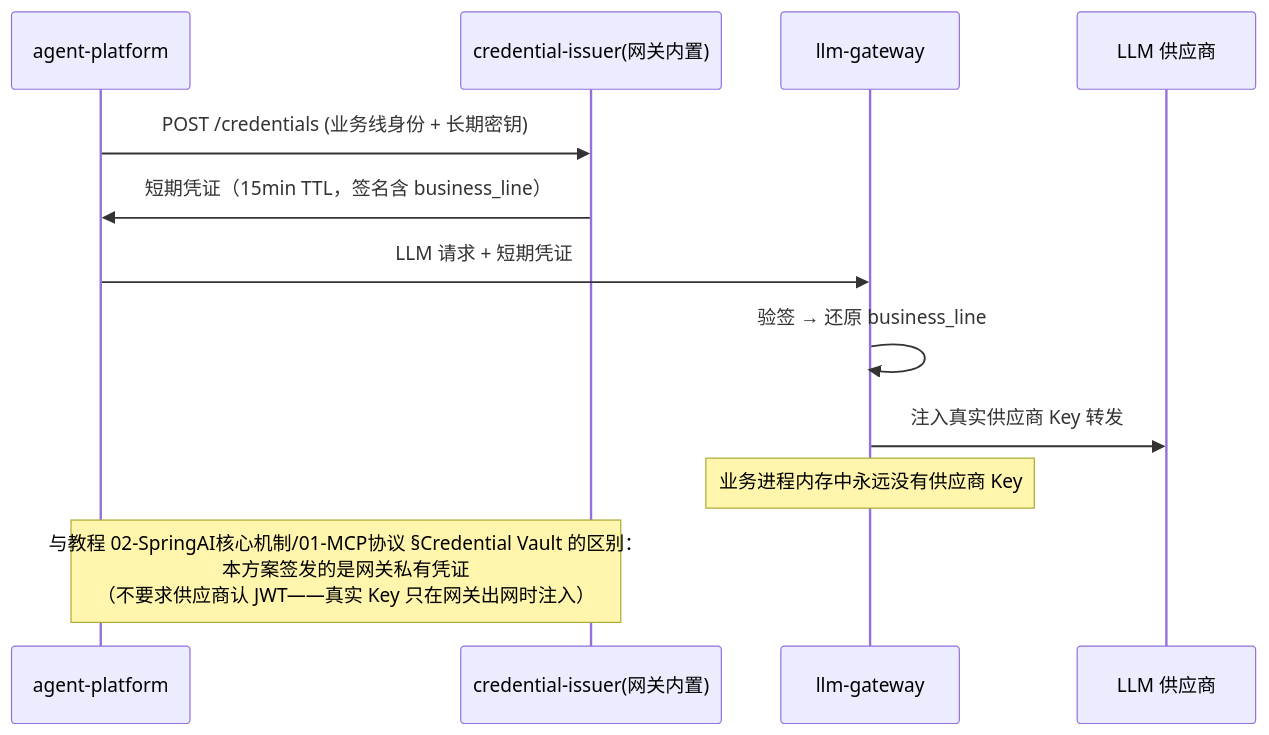
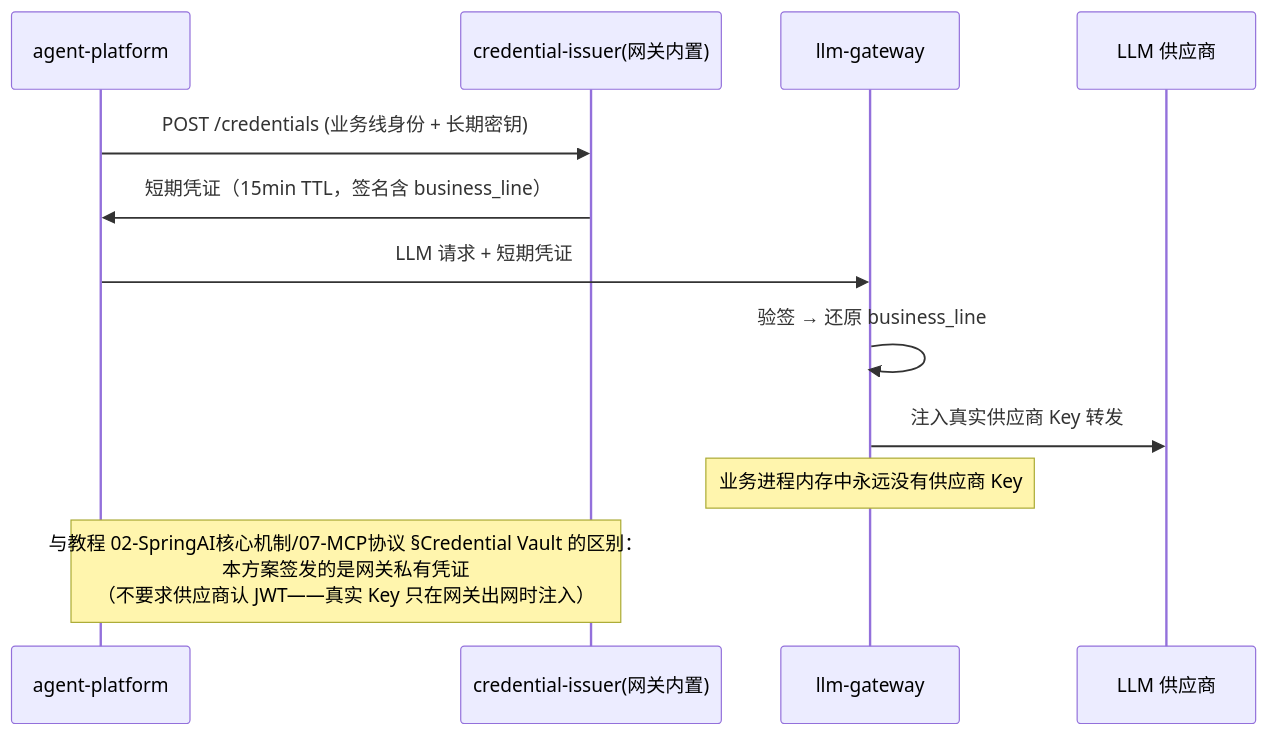
The second of 2 diagrams in docs/项目/05-企业级Agent中台/02-LLM网关独立.md (UranusGit/java-agent-learn), drawn with Mermaid before and after one commit. The commit also changed other lines of this file and 133 other files, not shown here.

First line of the commit message:
教程02-SpringAI核心机制：官网教程企业级7篇补充+13篇重排（第十批）

````diff
--- a/docs/项目/05-企业级Agent中台/02-LLM网关独立.md
+++ b/docs/项目/05-企业级Agent中台/02-LLM网关独立.md
@@ -571,16 +571,16 @@
 ```mermaid
 sequenceDiagram
     participant Biz as agent-platform
     participant Auth as credential-issuer(网关内置)
     participant GW as llm-gateway
     participant Sup as LLM 供应商
 
     Biz->>Auth: POST /credentials (业务线身份 + 长期密钥)
     Auth->>Biz: 短期凭证（15min TTL，签名含 business_line）
     Biz->>GW: LLM 请求 + 短期凭证
     GW->>GW: 验签 → 还原 business_line
     GW->>Sup: 注入真实供应商 Key 转发
     Note over GW: 业务进程内存中永远没有供应商 Key
 
-    Note over Biz,Auth: 与教程 02-SpringAI核心机制/01-MCP协议 §Credential Vault 的区别：<br/>本方案签发的是网关私有凭证<br/>（不要求供应商认 JWT——真实 Key 只在网关出网时注入）
+    Note over Biz,Auth: 与教程 02-SpringAI核心机制/07-MCP协议 §Credential Vault 的区别：<br/>本方案签发的是网关私有凭证<br/>（不要求供应商认 JWT——真实 Key 只在网关出网时注入）
 ```
````
